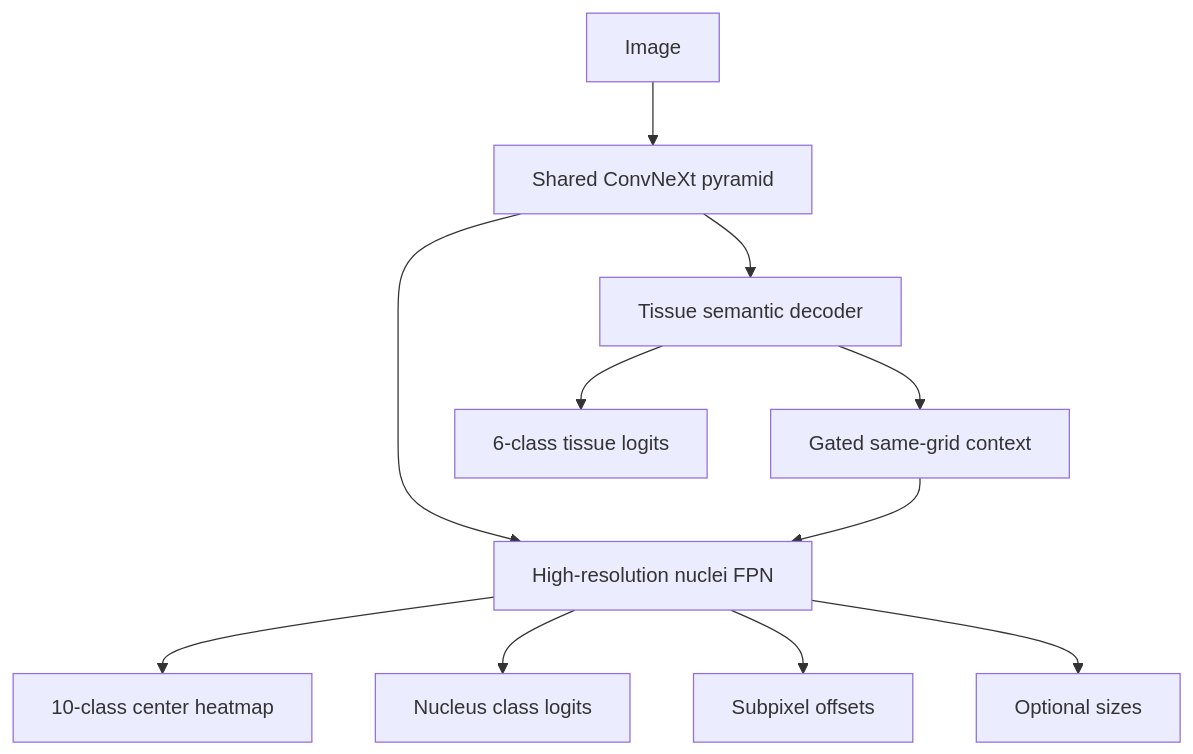
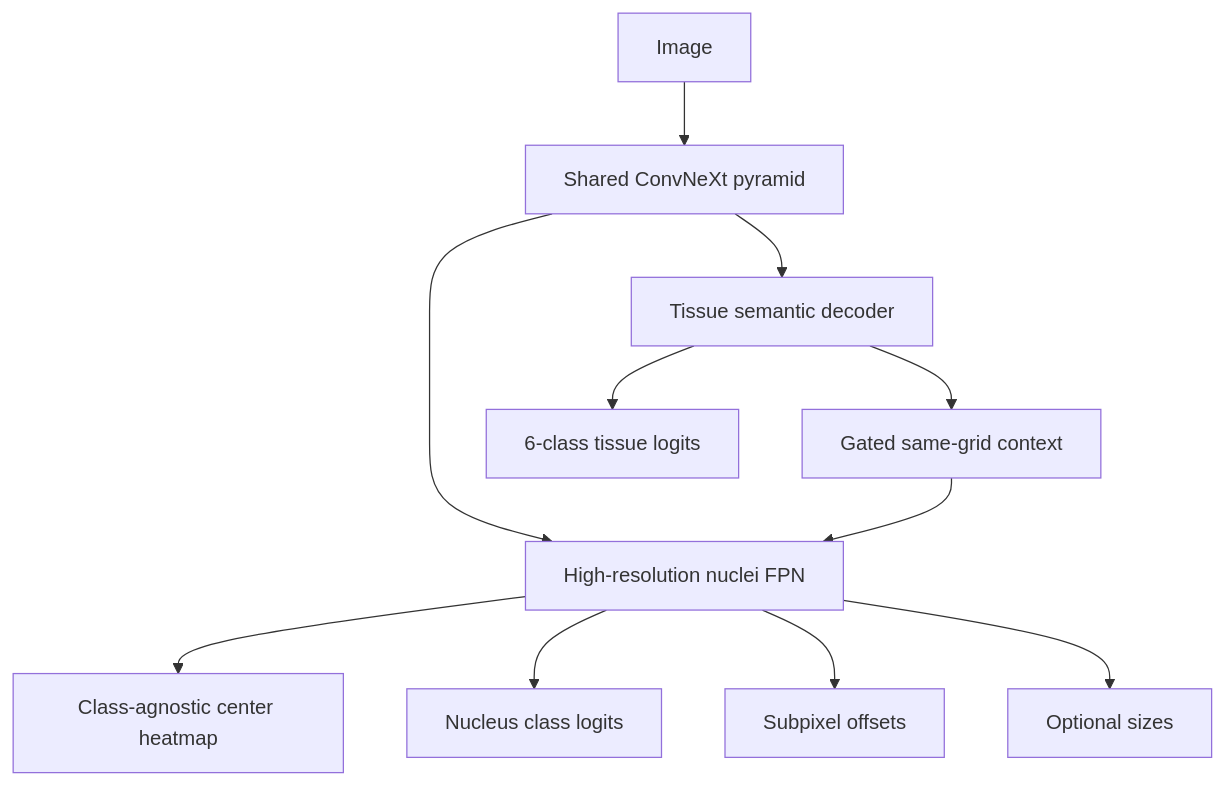
One commit to hoangtung386/Prometheus changed the diagram in docs/architecture.md. Above: the diagram before and after it, drawn with Mermaid. The commit also changed other lines of this file, not shown here.

Commit message:
docs(architecture): add class-agnostic localization and pretraining strategy details

````diff
--- a/docs/architecture.md
+++ b/docs/architecture.md
@@ -5,13 +5,13 @@
 ```mermaid
 graph TD
     Input[Image] --> Shared[Shared ConvNeXt pyramid]
     Shared --> Tissue[Tissue semantic decoder]
     Shared --> FPN[High-resolution nuclei FPN]
     Tissue --> Context[Gated same-grid context]
     Context --> FPN
     Tissue --> TissueLogits[6-class tissue logits]
-    FPN --> Center[10-class center heatmap]
+    FPN --> Center[Class-agnostic center heatmap]
     FPN --> Class[Nucleus class logits]
     FPN --> Offset[Subpixel offsets]
     FPN --> Size[Optional sizes]
 ```
````
